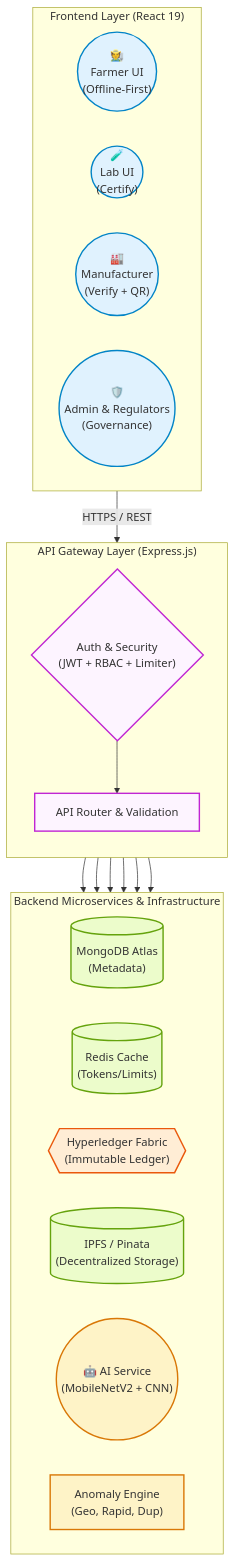
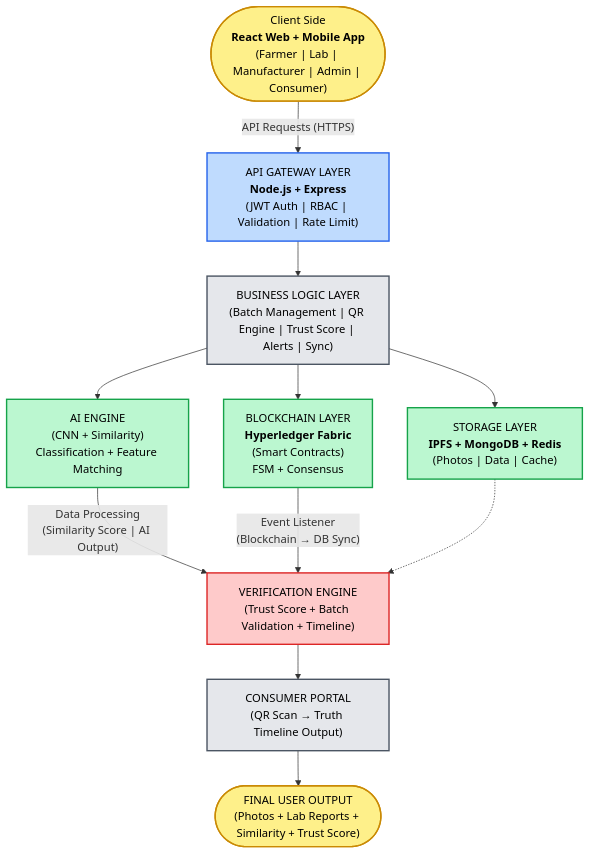
The first of 3 diagrams in README.md (Shravanis30/BotaniLedger), drawn with Mermaid before and after one commit.

Commit message:
docs: match system architecture diagram to design spec

````diff
--- a/README.md
+++ b/README.md
@@ -40,54 +40,43 @@
 ```mermaid
 flowchart TD
-    %% Frontend Layer
-    subgraph Frontend ["Frontend Layer (React 19)"]
-        direction LR
-        F(("🧑‍🌾<br/>Farmer UI<br/>(Offline-First)"))
-        L(("🧪<br/>Lab UI<br/>(Certify)"))
-        M(("🏭<br/>Manufacturer<br/>(Verify + QR)"))
-        A(("🛡️<br/>Admin & Regulators<br/>(Governance)"))
-    end
+    %% Nodes
+    Client(["Client Side<br/><b>React Web + Mobile App</b><br/>(Farmer | Lab | Manufacturer | Admin | Consumer)"])
+    Gateway["API GATEWAY LAYER<br/><b>Node.js + Express</b><br/>(JWT Auth | RBAC | Validation | Rate Limit)"]
+    Business["BUSINESS LOGIC LAYER<br/>(Batch Management | QR Engine | Trust Score | Alerts | Sync)"]
+    
+    AI["AI ENGINE<br/>(CNN + Similarity)<br/>Classification + Feature Matching"]
+    Blockchain["BLOCKCHAIN LAYER<br/><b>Hyperledger Fabric</b><br/>(Smart Contracts)<br/>FSM + Consensus"]
+    Storage["STORAGE LAYER<br/><b>IPFS + MongoDB + Redis</b><br/>(Photos | Data | Cache)"]
+    
+    Verification["VERIFICATION ENGINE<br/>(Trust Score + Batch Validation + Timeline)"]
+    Consumer["CONSUMER PORTAL<br/>(QR Scan → Truth Timeline Output)"]
+    Output(["FINAL USER OUTPUT<br/>(Photos + Lab Reports + Similarity + Trust Score)"])
 
-    %% API Gateway
-    subgraph Gateway ["API Gateway Layer (Express.js)"]
-        direction TB
-        Auth{"Auth & Security<br/>(JWT + RBAC + Limiter)"}
-        Router["API Router & Validation"]
-        Auth --> Router
-    end
-
-    %% Network Link
-    Frontend -- "HTTPS / REST" --> Gateway
-
-    %% Microservices Layer
-    subgraph Microservices ["Backend Microservices & Infrastructure"]
-        direction LR
-        DB[("MongoDB Atlas<br/>(Metadata)")]
-        Cache[("Redis Cache<br/>(Tokens/Limits)")]
-        BC{{"Hyperledger Fabric<br/>(Immutable Ledger)"}}
-        IPFS[("IPFS / Pinata<br/>(Decentralized Storage)")]
-        AI(("🤖 AI Service<br/>(MobileNetV2 + CNN)"))
-        Anomaly["Anomaly Engine<br/>(Geo, Rapid, Dup)"]
-    end
-
-    %% Connections from Router to Services
-    Router --> DB
-    Router --> Cache
-    Router --> BC
-    Router --> IPFS
-    Router --> AI
-    Router --> Anomaly
+    %% Connections
+    Client -- "API Requests (HTTPS)" --> Gateway
+    Gateway --> Business
+    
+    Business --> AI
+    Business --> Blockchain
+    Business --> Storage
+    
+    AI -- "Data Processing<br/>(Similarity Score | AI Output)" --> Verification
+    Blockchain -- "Event Listener<br/>(Blockchain → DB Sync)" --> Verification
+    Storage -.-> Verification
+    
+    Verification --> Consumer
+    Consumer --> Output
 
     %% Styling
-    classDef app fill:#e0f2fe,stroke:#0284c7,stroke-width:2px;
-    classDef api fill:#fdf4ff,stroke:#c026d3,stroke-width:2px;
-    classDef data fill:#ecfccb,stroke:#65a30d,stroke-width:2px;
-    classDef bc fill:#ffedd5,stroke:#ea580c,stroke-width:2px;
-    classDef ai fill:#fef3c7,stroke:#d97706,stroke-width:2px;
+    classDef yellowNode fill:#fef08a,stroke:#ca8a04,stroke-width:2px,color:#000;
+    classDef blueNode fill:#bfdbfe,stroke:#2563eb,stroke-width:2px,color:#000;
+    classDef grayNode fill:#e5e7eb,stroke:#4b5563,stroke-width:2px,color:#000;
+    classDef greenNode fill:#bbf7d0,stroke:#16a34a,stroke-width:2px,color:#000;
+    classDef redNode fill:#fecaca,stroke:#dc2626,stroke-width:2px,color:#000;
 
-    class F,L,M,A app;
-    class Auth,Router api;
-    class DB,Cache,IPFS data;
-    class BC bc;
-    class AI,Anomaly ai;
+    class Client,Output yellowNode;
+    class Gateway blueNode;
+    class Business,Consumer grayNode;
+    class AI,Blockchain,Storage greenNode;
+    class Verification redNode;
 ```
````
